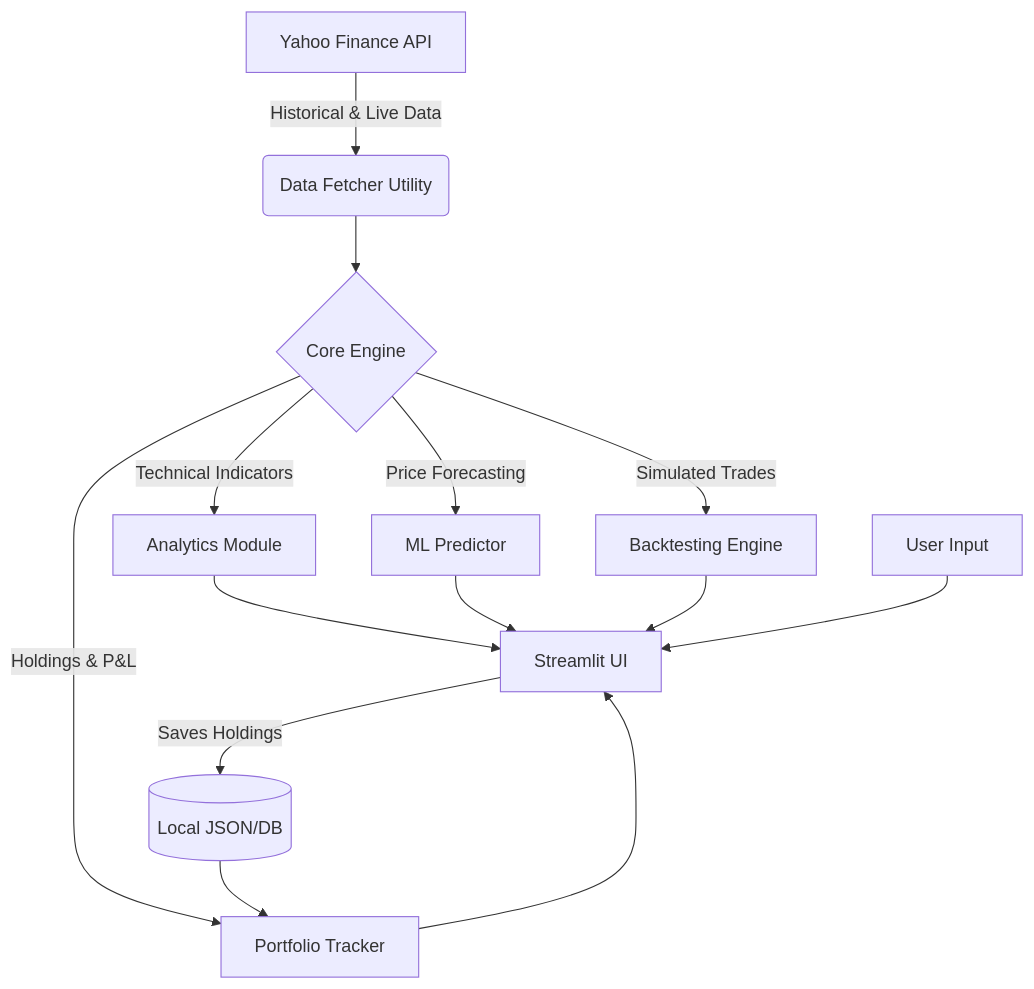
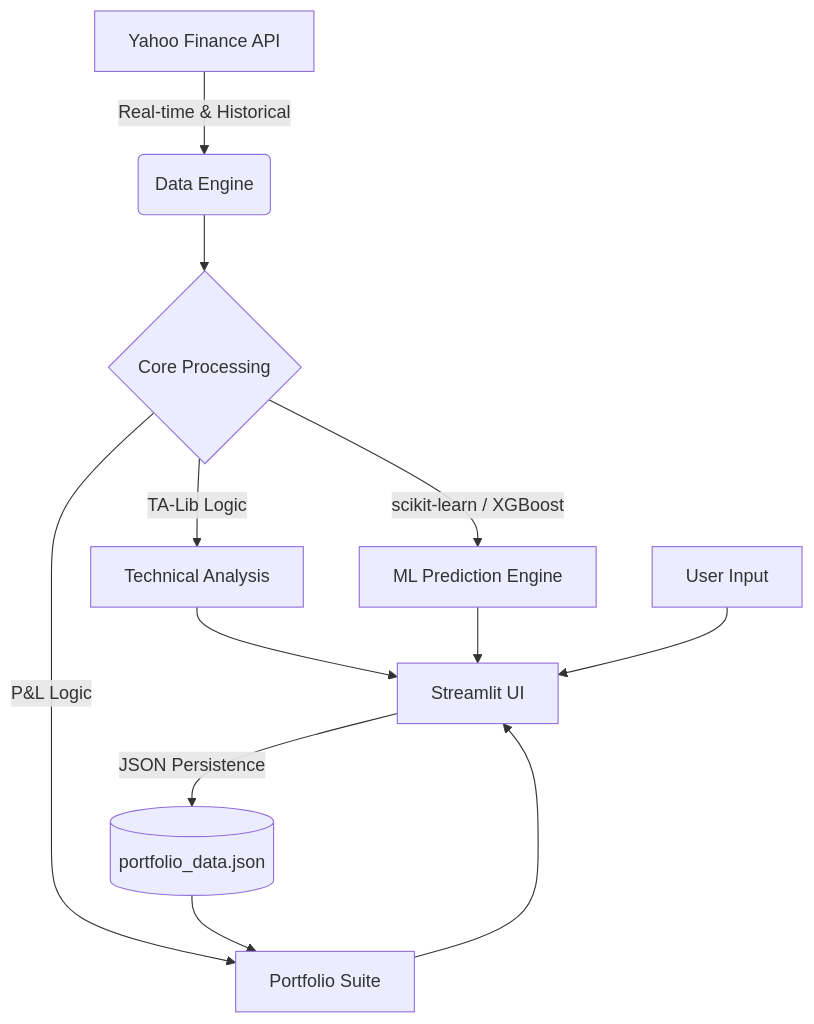
The diagram in README.md (baibhavoraon377-byte/Stockfin), drawn with Mermaid before and after one commit. The commit also changed other lines of this file and 3 other files, not shown here.

````diff
--- a/README.md
+++ b/README.md
@@ -32,18 +53,16 @@
 ```mermaid
 graph TD
-    A[Yahoo Finance API] -->|Historical & Live Data| B(Data Fetcher Utility)
-    B --> C{Core Engine}
-    C -->|Technical Indicators| D[Analytics Module]
-    C -->|Price Forecasting| E[ML Predictor]
-    C -->|Holdings & P&L| F[Portfolio Tracker]
-    C -->|Simulated Trades| G[Backtesting Engine]
+    A[Yahoo Finance API] -->|Real-time & Historical| B(Data Engine)
+    B --> C{Core Processing}
+    C -->|TA-Lib Logic| D[Technical Analysis]
+    C -->|scikit-learn / XGBoost| E[ML Prediction Engine]
+    C -->|P&L Logic| F[Portfolio Suite]
     
-    D --> H[Streamlit UI]
-    E --> H
-    F --> H
-    G --> H
+    D --> G[Streamlit UI]
+    E --> G
+    F --> G
     
-    I[User Input] --> H
-    H -->|Saves Holdings| J[(Local JSON/DB)]
-    J --> F
+    H[User Input] --> G
+    G -->|JSON Persistence| I[(portfolio_data.json)]
+    I --> F
 ```
````
